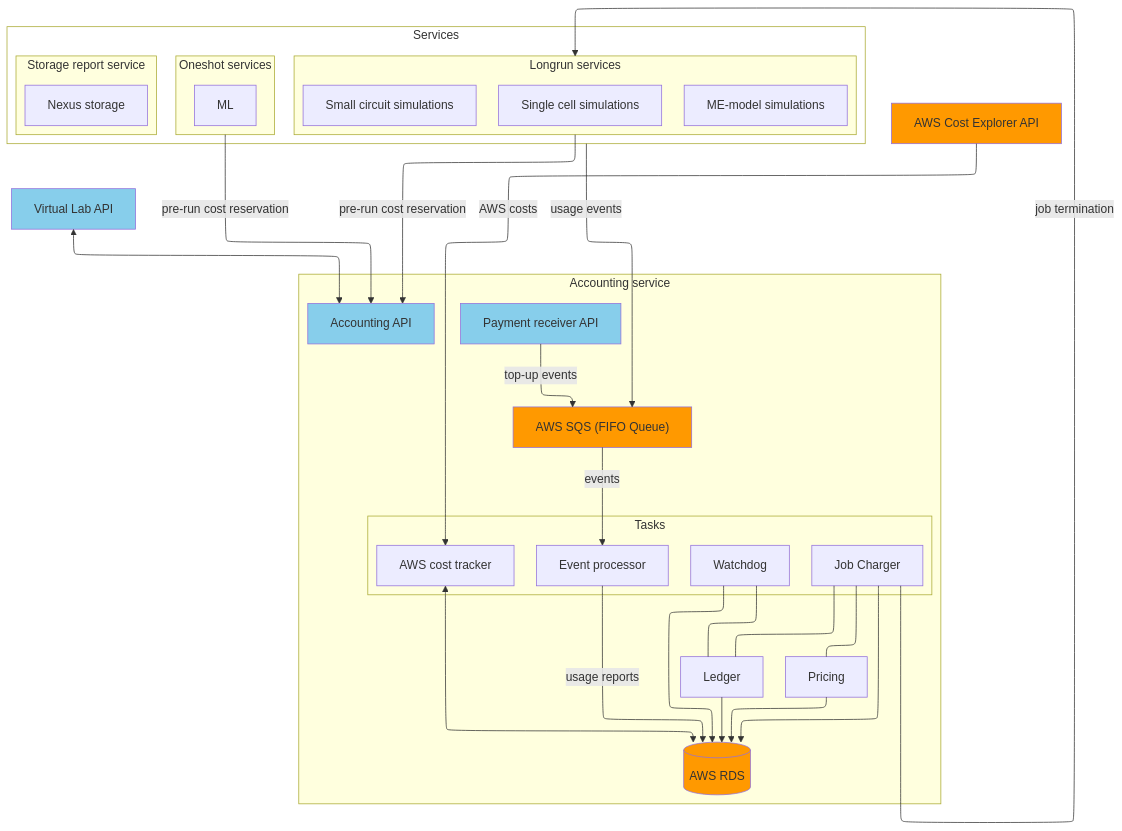
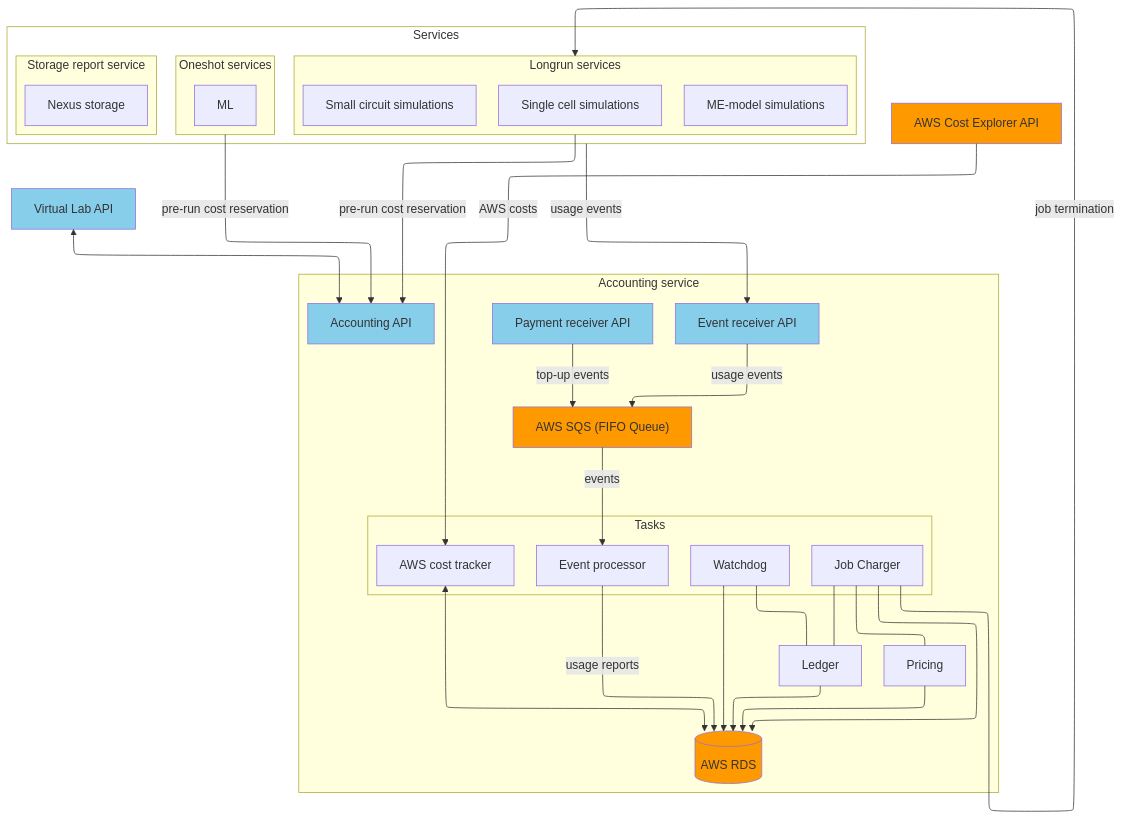
The first of 15 diagrams in docs/modules/accounting/accounting.md (BlueBrain/platform-docs), drawn with Mermaid before and after one commit.

Commit message:
Re-add Event receiver API

````diff
--- a/docs/modules/accounting/accounting.md
+++ b/docs/modules/accounting/accounting.md
@@ -47,78 +47,81 @@
 ```mermaid
 %%{init: {"flowchart": {"defaultRenderer": "elk"}} }%%
 
 graph
   subgraph accountingSvc[Accounting service]
     sqs["AWS SQS (FIFO Queue)"]
     db[(AWS RDS)]
     accountingAPI[Accounting API]
+    usageReceiverAPI[Event receiver API]
     paymentReceiverAPI[Payment receiver API]
     ledger[Ledger]
     pricing[Pricing]
 
     subgraph tasks[Tasks]
       jobCharger[Job Charger]
       eventProcessor[Event processor]
       watchdog[Watchdog]
       awsCostTracker[AWS cost tracker]
     end
   end
 
   subgraph svc[Services]
     subgraph longrunSvc[Longrun services]
       singleCellSim[Single cell simulations]
       meModel[ME-model simulations]
       smallCircuitSim[Small circuit simulations]
     end
 
     subgraph oneshotSvc[Oneshot services]
       ml[ML]
     end
 
     subgraph storageSvc[Storage report service]
       nexus[Nexus storage]
     end
   end
 
   virtualLabAPI[Virtual Lab API]
   costExplorerAPI[AWS Cost Explorer API]
 
-  svc -- usage events ---> sqs
+  svc -- usage events ---> usageReceiverAPI
+  usageReceiverAPI -- usage events ---> sqs
 
   longrunSvc -- pre-run cost reservation --> accountingAPI
   jobCharger -- job termination --> longrunSvc
 
   oneshotSvc -- pre-run cost reservation --> accountingAPI
 
   paymentReceiverAPI -- top-up events --> sqs
 
   sqs -- events --> eventProcessor
   eventProcessor -- usage reports --> db
 
   pricing --> db
 
   virtualLabAPI <--> accountingAPI
 
   ledger ---> db
   jobCharger ---> db
   jobCharger --- ledger
   jobCharger --- pricing
 
   watchdog --> db
   watchdog --- ledger
 
   costExplorerAPI -- AWS costs --> awsCostTracker
   awsCostTracker <--> db
 
   %% styles
   style svc fill:transparent
 
   style sqs fill:#FF9900
   style costExplorerAPI fill:#FF9900
   style db fill:#FF9900
 
 
   style paymentReceiverAPI fill:#87CEEB
+  style usageReceiverAPI fill:#87CEEB
   style accountingAPI fill:#87CEEB
   style virtualLabAPI fill:#87CEEB
 ```
````
